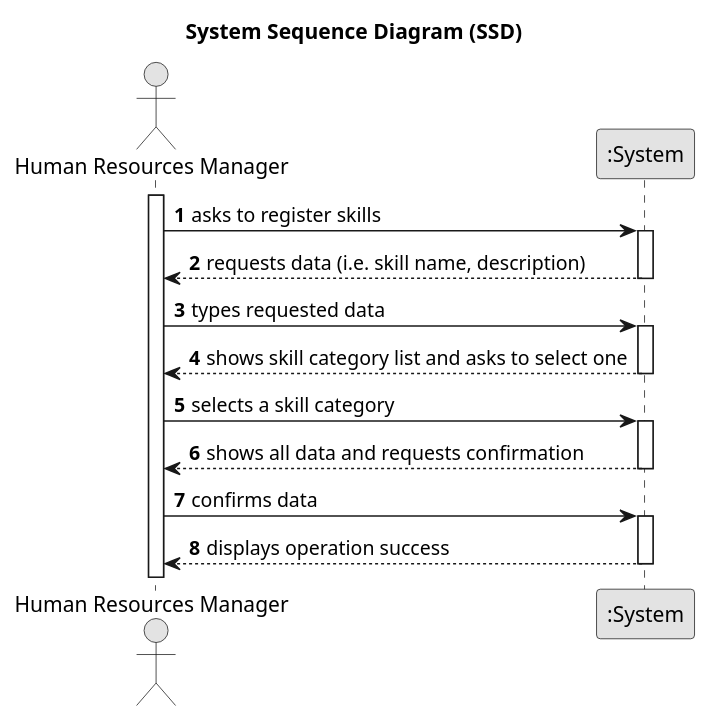
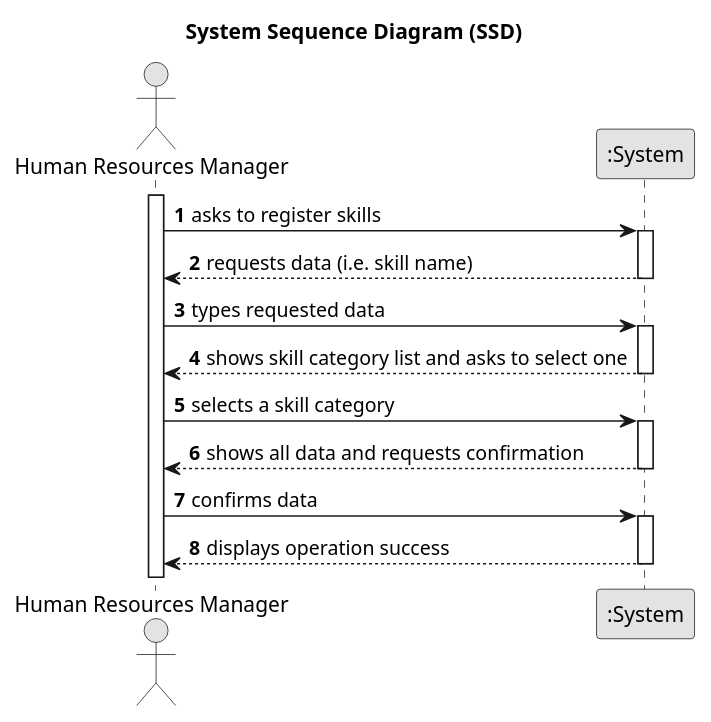
Before and after one commit to Departamento-de-Engenharia-Informatica/lei-24-s2-1dl-g121: the diagram in docs/sprintB/us001/01.requirements-engineering/puml/us001-system-sequence-diagram.puml, drawn with PlantUML. The commit also changed 1 other file, not shown here.

```diff
--- a/docs/sprintB/us001/01.requirements-engineering/puml/us001-system-sequence-diagram.puml
+++ b/docs/sprintB/us001/01.requirements-engineering/puml/us001-system-sequence-diagram.puml
@@ -1,39 +1,39 @@
 @startuml
 skinparam monochrome true
 skinparam packageStyle rectangle
 skinparam shadowing false
 
 title System Sequence Diagram (SSD)
 
 autonumber
 
 actor "Human Resources Manager" as Employee
 participant ":System" as System
 
 activate Employee
 
     Employee -> System : asks to register skills
     activate System
 
-        System --> Employee : requests data (i.e. skill name, description)
+        System --> Employee : requests data (i.e. skill name)
     deactivate System
 
     Employee -> System : types requested data
     activate System
 
         System --> Employee : shows skill category list and asks to select one
     deactivate System
 
     Employee -> System : selects a skill category
     activate System
 
         System --> Employee : shows all data and requests confirmation
     deactivate System
 
     Employee -> System : confirms data
     activate System
 
         System --> Employee : displays operation success
     deactivate System
 
 @enduml
```
